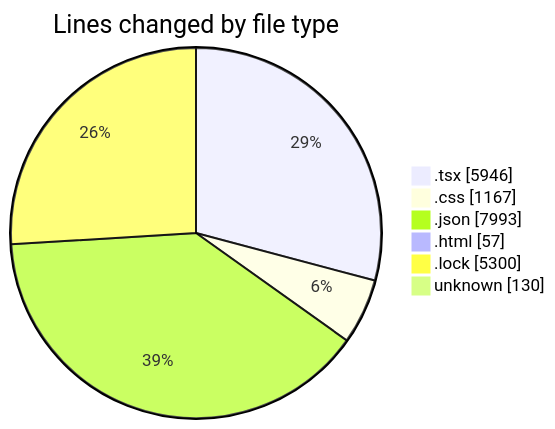
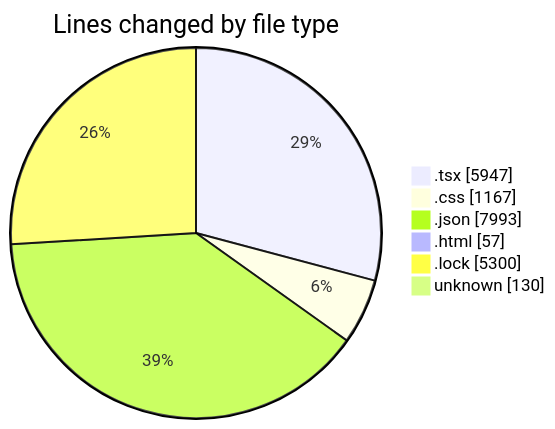
One commit to EIIisD/code-tracking changed the first of 2 diagrams in 2025-08-12/ribbon/README.md. Above: the diagram before and after it, drawn with Mermaid. The commit also changed other lines of this file and 1 other file, not shown here.

````diff
--- a/2025-08-12/ribbon/README.md
+++ b/2025-08-12/ribbon/README.md
@@ -45,10 +45,10 @@
 ```mermaid
 pie showData
 title Lines changed by file type
-".tsx" : 5946
+".tsx" : 5947
 ".css" : 1167
 ".json" : 7993
 ".html" : 57
 ".lock" : 5300
 "unknown" : 130
 ```
````
